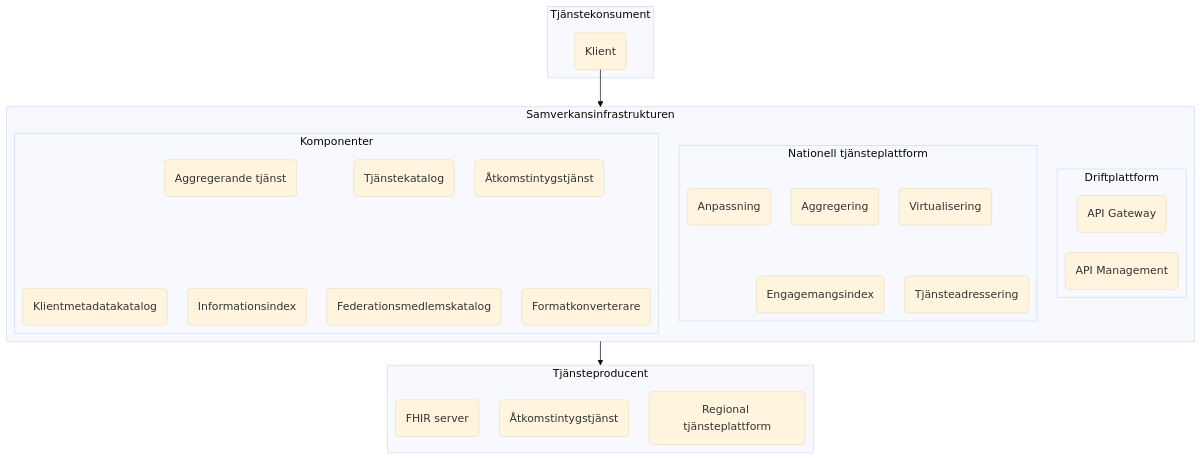
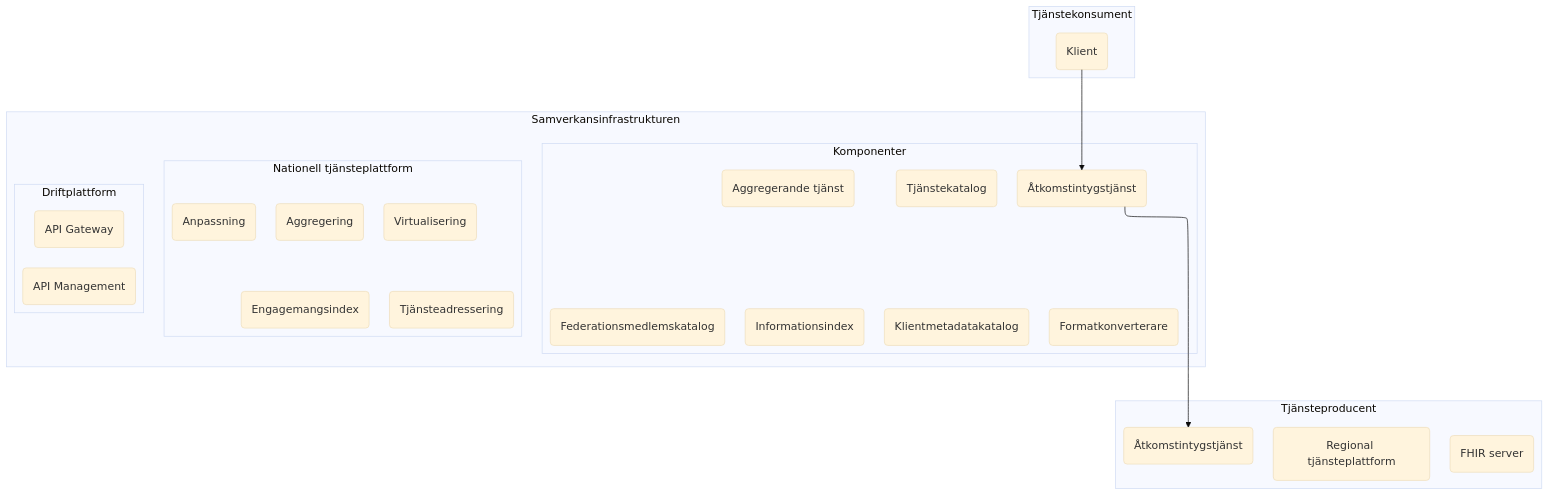
One commit to anders-malmros-inera/t2mmd changed the first of 2 diagrams in T2-krav/solution.md. Above: the diagram before and after it, drawn with Mermaid (base theme). The commit also changed other lines of this file, not shown here.

Commit message:
Update flowchart connections and improve structure in solution.md

````diff
--- a/T2-krav/solution.md
+++ b/T2-krav/solution.md
@@ -5,33 +5,34 @@
 ```mermaid
 %%{init: {"flowchart": {"defaultRenderer": "elk"}} }%%
 graph 
     subgraph tk[Tjänstekonsument]
         tkc(Klient)
     end
     
 
     subgraph si[Samverkansinfrastrukturen]
         subgraph si1[Komponenter]
             sias(Åtkomstintygstjänst) & sitk(Tjänstekatalog) & siagg(Aggregerande tjänst)
             ~~~
             siii(Informationsindex) & sifmk(Federationsmedlemskatalog) & sikk(Klientmetadatakatalog) & sifk(Formatkonverterare)
         end
         subgraph drift[Driftplattform]
             gw(API Gateway)~~~ap(API Management)
 
         end
         subgraph ntjp[Nationell tjänsteplattform]
             vp(Virtualisering) & ag(Aggregering) & anp(Anpassning)
             ~~~
             ei(Engagemangsindex) & tak(Tjänsteadressering)
         end
     end
     subgraph tp[Tjänsteproducent]
         tpas(Åtkomstintygstjänst)
         tprtp(Regional tjänsteplattform)
         tpfs(FHIR server)
     end
     %%tk --> si --> tp
-    tkc-->si-->tp
+    tkc --> sias
+    sias --> tpas
 
 ```
````
